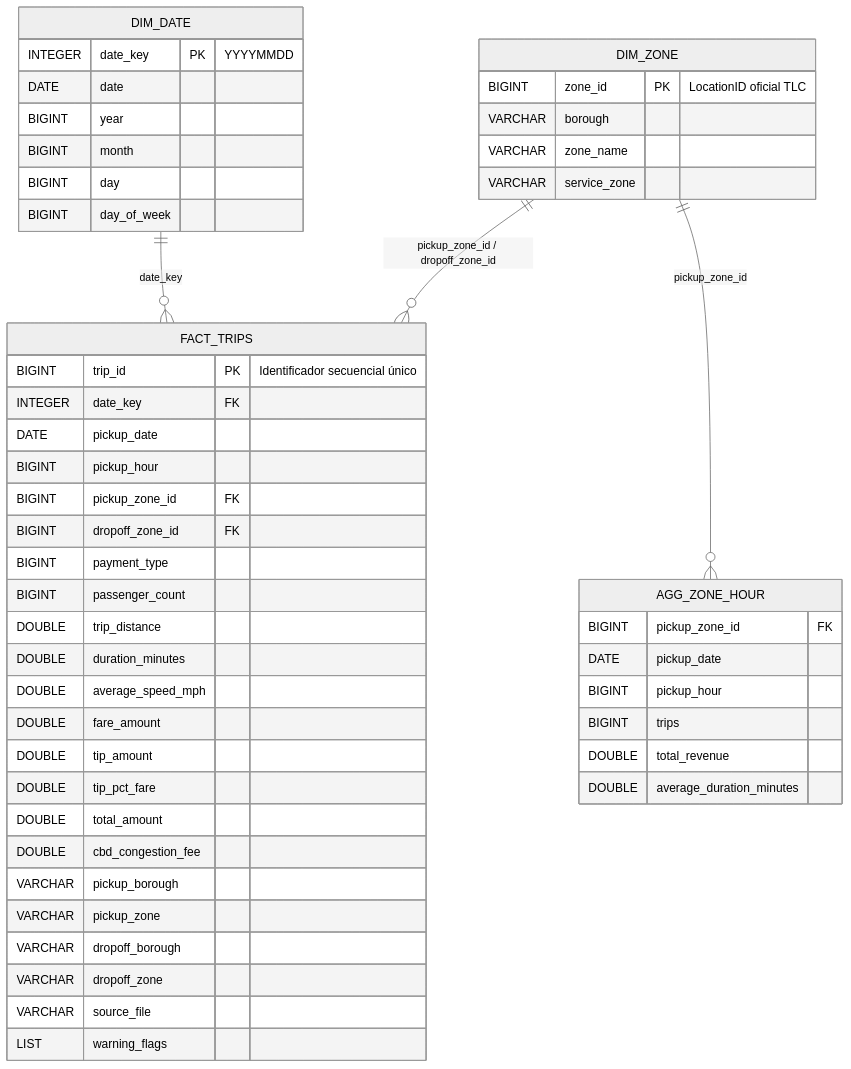
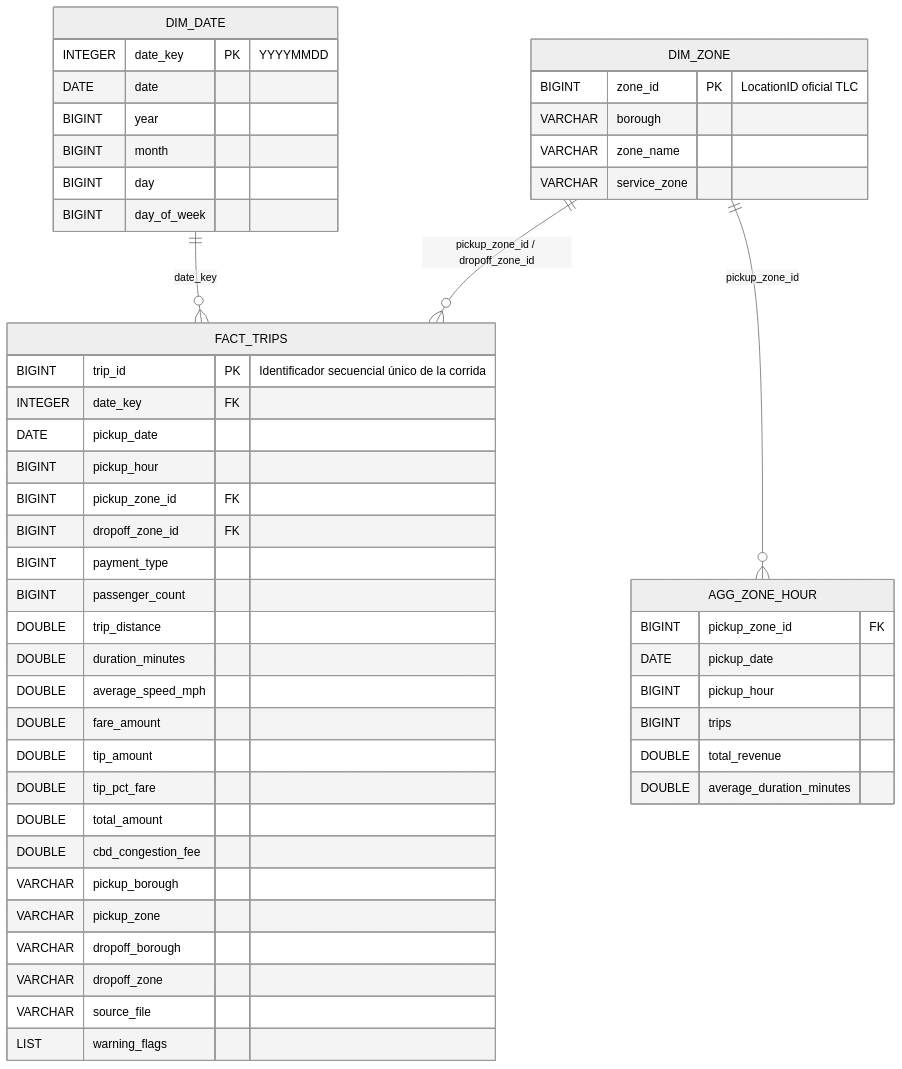
One commit to victormanuellibran/examen_Taxis changed the third of 3 diagrams in README.md. Above: the diagram before and after it, drawn with Mermaid (neutral theme). The commit also changed other lines of this file and 2 other files, not shown here.

Commit message:
docs: finalize exam presentation README, architecture and oral defense guide

````diff
--- a/README.md
+++ b/README.md
@@ -270,56 +303,56 @@
 ```mermaid
 erDiagram
     DIM_DATE ||--o{ FACT_TRIPS : "date_key"
     DIM_ZONE ||--o{ FACT_TRIPS : "pickup_zone_id / dropoff_zone_id"
     DIM_ZONE ||--o{ AGG_ZONE_HOUR : "pickup_zone_id"
 
     DIM_DATE {
         INTEGER date_key PK "YYYYMMDD"
         DATE date
         BIGINT year
         BIGINT month
         BIGINT day
         BIGINT day_of_week
     }
 
     DIM_ZONE {
         BIGINT zone_id PK "LocationID oficial TLC"
         VARCHAR borough
         VARCHAR zone_name
         VARCHAR service_zone
     }
 
     FACT_TRIPS {
-        BIGINT trip_id PK "Identificador secuencial único"
+        BIGINT trip_id PK "Identificador secuencial único de la corrida"
         INTEGER date_key FK
         DATE pickup_date
         BIGINT pickup_hour
         BIGINT pickup_zone_id FK
         BIGINT dropoff_zone_id FK
         BIGINT payment_type
         BIGINT passenger_count
         DOUBLE trip_distance
         DOUBLE duration_minutes
         DOUBLE average_speed_mph
         DOUBLE fare_amount
         DOUBLE tip_amount
         DOUBLE tip_pct_fare
         DOUBLE total_amount
         DOUBLE cbd_congestion_fee
         VARCHAR pickup_borough
         VARCHAR pickup_zone
         VARCHAR dropoff_borough
         VARCHAR dropoff_zone
         VARCHAR source_file
         LIST warning_flags
     }
 
     AGG_ZONE_HOUR {
         BIGINT pickup_zone_id FK
         DATE pickup_date
         BIGINT pickup_hour
         BIGINT trips
         DOUBLE total_revenue
         DOUBLE average_duration_minutes
     }
 ```
````
